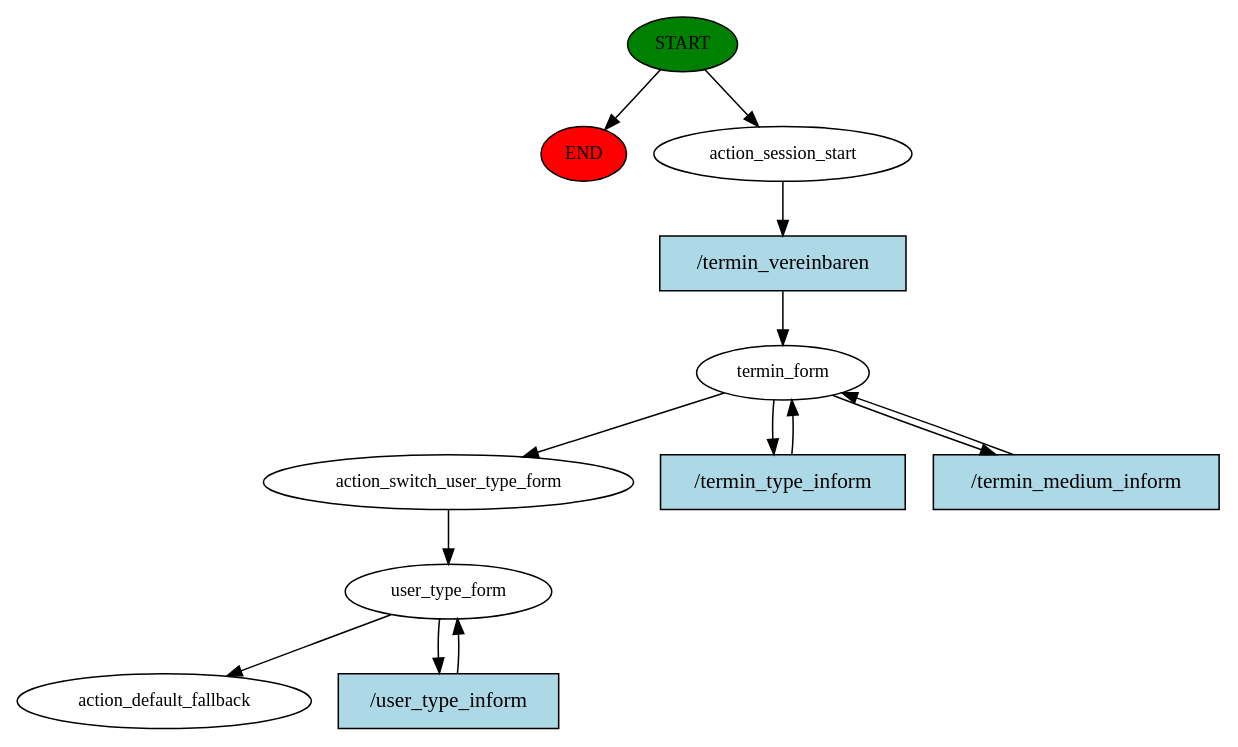
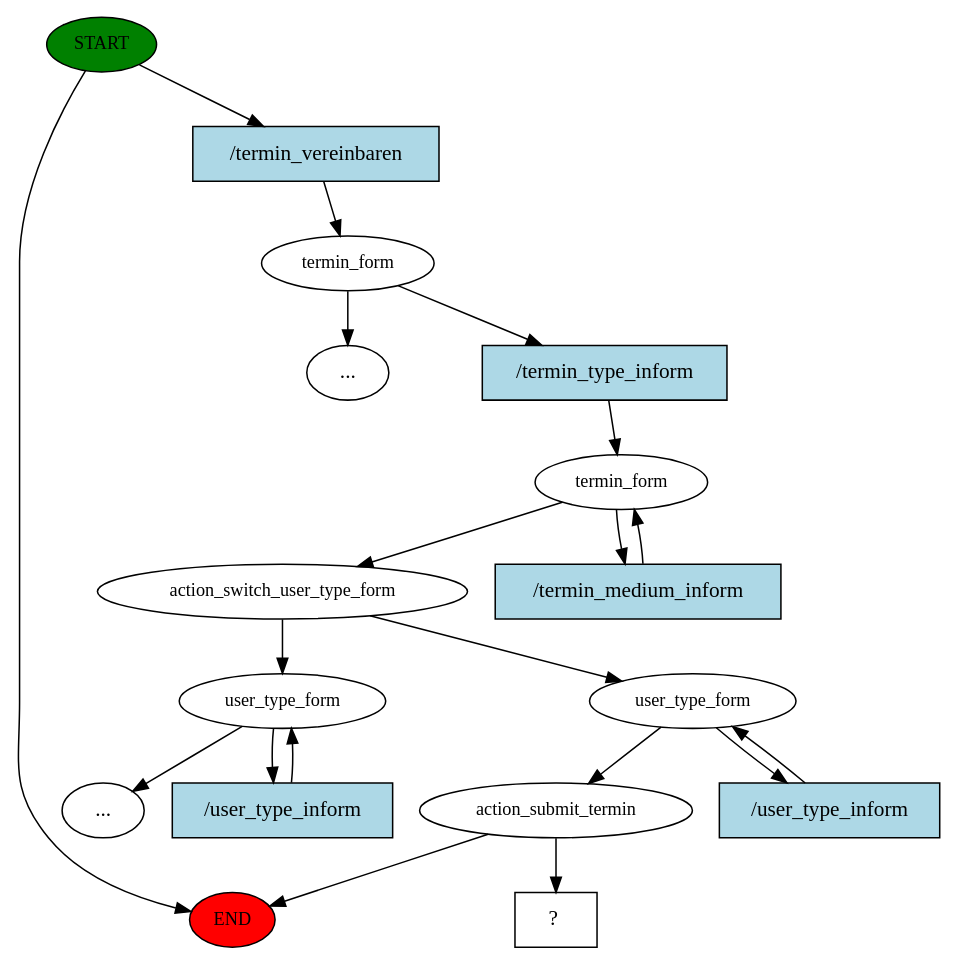
Before and after one commit to normanboettcher/BotPilot: the diagram in bot-pilot-chat/backend/rasa-actions/story_graph.dot, drawn with Graphviz. The commit also changed 13 other files, not shown here.

Commit message:
Added - stories and action_submit_termin

```diff
--- a/bot-pilot-chat/backend/rasa-actions/story_graph.dot
+++ b/bot-pilot-chat/backend/rasa-actions/story_graph.dot
@@ -1,26 +1,37 @@
 digraph  {
 0 [class="start active", fillcolor=green, fontsize=12, label=START, style=filled];
 "-1" [class=end, fillcolor=red, fontsize=12, label=END, style=filled];
-1 [class=active, fontsize=12, label=action_session_start];
-2 [class=active, fontsize=12, label=termin_form];
-5 [class=active, fontsize=12, label=action_switch_user_type_form];
-6 [class=active, fontsize=12, label=user_type_form];
-8 [class="dashed active", fontsize=12, label=action_default_fallback];
-9 [class="intent active", fillcolor=lightblue, label="/termin_vereinbaren", shape=rect, style=filled];
-10 [class="intent active", fillcolor=lightblue, label="/termin_type_inform", shape=rect, style=filled];
-11 [class="intent active", fillcolor=lightblue, label="/termin_medium_inform", shape=rect, style=filled];
-12 [class="intent active", fillcolor=lightblue, label="/user_type_inform", shape=rect, style=filled];
+1 [class=active, fontsize=12, label=termin_form];
+5 [class=active, fontsize=12, label=termin_form];
+8 [class=active, fontsize=12, label=action_switch_user_type_form];
+9 [class="", fontsize=12, label=user_type_form];
+"-6" [class=ellipsis, label="..."];
+"-9" [class=ellipsis, label="..."];
+18 [class=active, fontsize=12, label=user_type_form];
+20 [class=active, fontsize=12, label=action_submit_termin];
+28 [class="intent dashed active", label="  ?  ", shape=rect];
+29 [class="intent active", fillcolor=lightblue, label="/termin_vereinbaren", shape=rect, style=filled];
+30 [class="intent active", fillcolor=lightblue, label="/termin_type_inform", shape=rect, style=filled];
+31 [class="intent active", fillcolor=lightblue, label="/termin_medium_inform", shape=rect, style=filled];
+32 [class=intent, fillcolor=lightblue, label="/user_type_inform", shape=rect, style=filled];
+33 [class="intent active", fillcolor=lightblue, label="/user_type_inform", shape=rect, style=filled];
 0 -> "-1"  [class="", key=NONE, label=""];
-0 -> 1  [class=active, key=NONE, label=""];
-1 -> 9  [class=active, key=0];
-2 -> 5  [class=active, key=NONE, label=""];
-2 -> 10  [class=active, key=0];
-2 -> 11  [class=active, key=0];
-5 -> 6  [class=active, key=NONE, label=""];
-6 -> 8  [class=active, key=NONE, label=""];
-6 -> 12  [class=active, key=0];
-9 -> 2  [class=active, key=0];
-10 -> 2  [class=active, key=0];
-11 -> 2  [class=active, key=0];
-12 -> 6  [class=active, key=0];
+0 -> 29  [class=active, key=0];
+1 -> "-9"  [class="", key=NONE, label=""];
+1 -> 30  [class=active, key=0];
+5 -> 8  [class=active, key=NONE, label=""];
+5 -> 31  [class=active, key=0];
+8 -> 9  [class="", key=NONE, label=""];
+8 -> 18  [class=active, key=NONE, label=""];
+9 -> "-6"  [class="", key=NONE, label=""];
+9 -> 32  [class="", key=0];
+18 -> 20  [class=active, key=NONE, label=""];
+18 -> 33  [class=active, key=0];
+20 -> "-1"  [class="", key=NONE, label=""];
+20 -> 28  [class=active, key=NONE, label=""];
+29 -> 1  [class=active, key=0];
+30 -> 5  [class=active, key=0];
+31 -> 5  [class=active, key=0];
+32 -> 9  [class="", key=0];
+33 -> 18  [class=active, key=0];
 }
```
